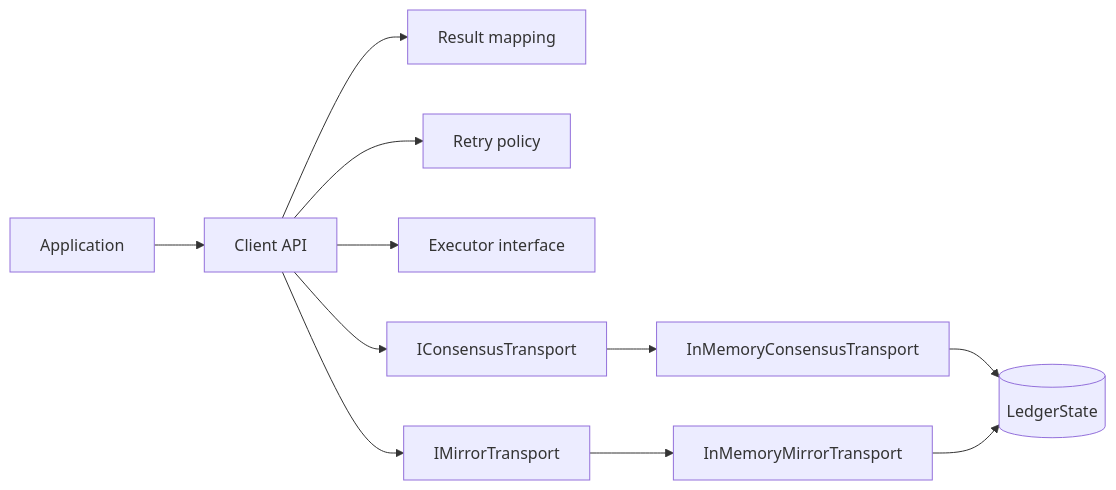
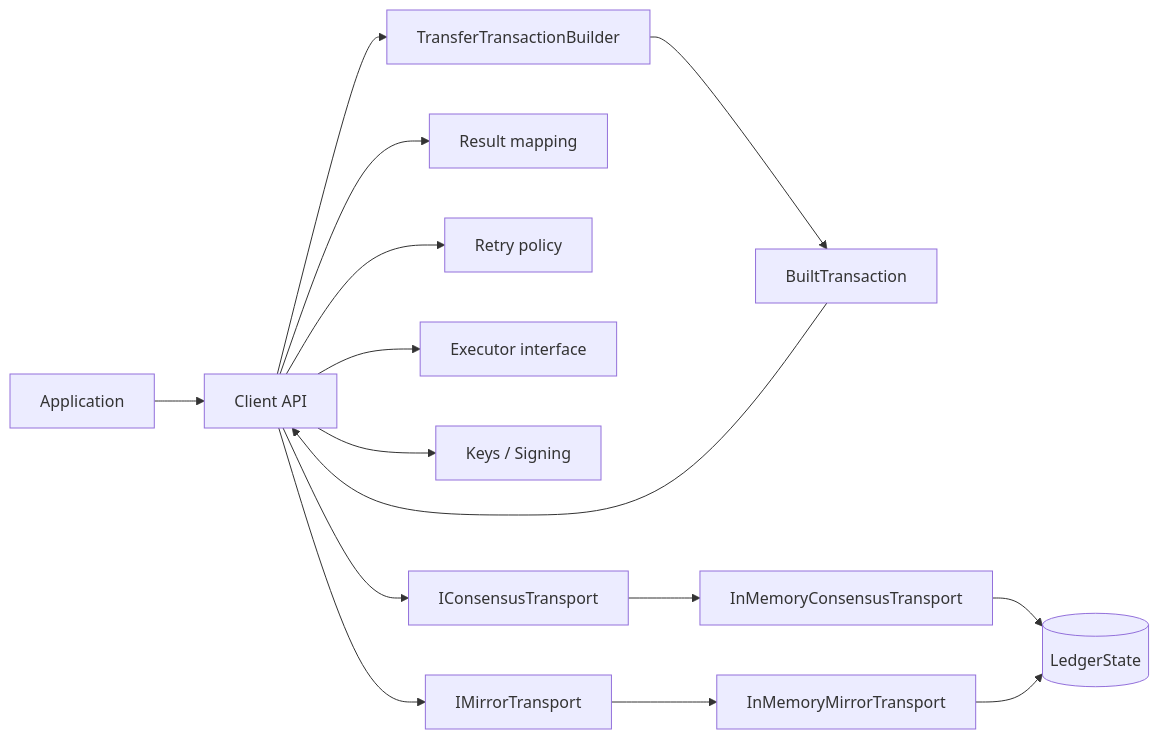
The first of 3 diagrams in docs/architecture.md (Omswastik-11/Hiero-SDK-CPP-V3), drawn with Mermaid before and after one commit. The commit also changed other lines of this file and 16 other files, not shown here.

First line of the commit message:
feat: add transaction builder lifecycle, key management, and updated proposal

````diff
--- a/docs/architecture.md
+++ b/docs/architecture.md
@@ -37,17 +45,22 @@
 ```mermaid
 flowchart LR
     APP[Application] --> CLIENT[Client API]
 
-    CLIENT --> RESULT[Result<T> mapping]
+    CLIENT --> BUILDER[TransferTransactionBuilder]
+    CLIENT --> RESULT[Result mapping]
     CLIENT --> RETRY[Retry policy]
     CLIENT --> EXEC[Executor interface]
+    CLIENT --> KEYS[Keys / Signing]
+
+    BUILDER --> BUILT_TX[BuiltTransaction]
+    BUILT_TX --> CLIENT
 
     CLIENT --> CONS_IF[IConsensusTransport]
     CLIENT --> MIRROR_IF[IMirrorTransport]
 
     CONS_IF --> CONS_MEM[InMemoryConsensusTransport]
     MIRROR_IF --> MIRROR_MEM[InMemoryMirrorTransport]
 
     CONS_MEM --> LEDGER[(LedgerState)]
     MIRROR_MEM --> LEDGER
 ```
````
